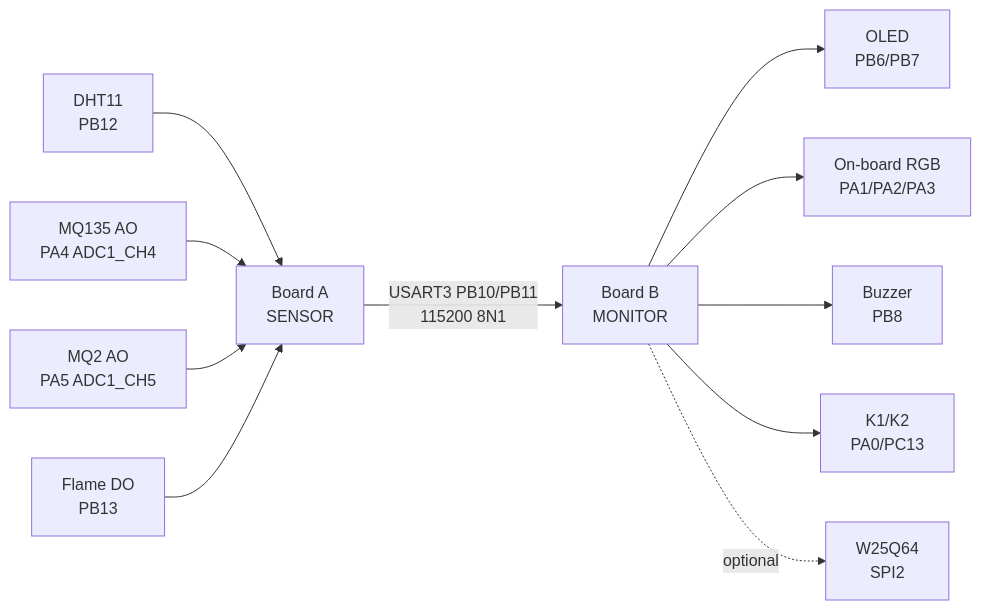
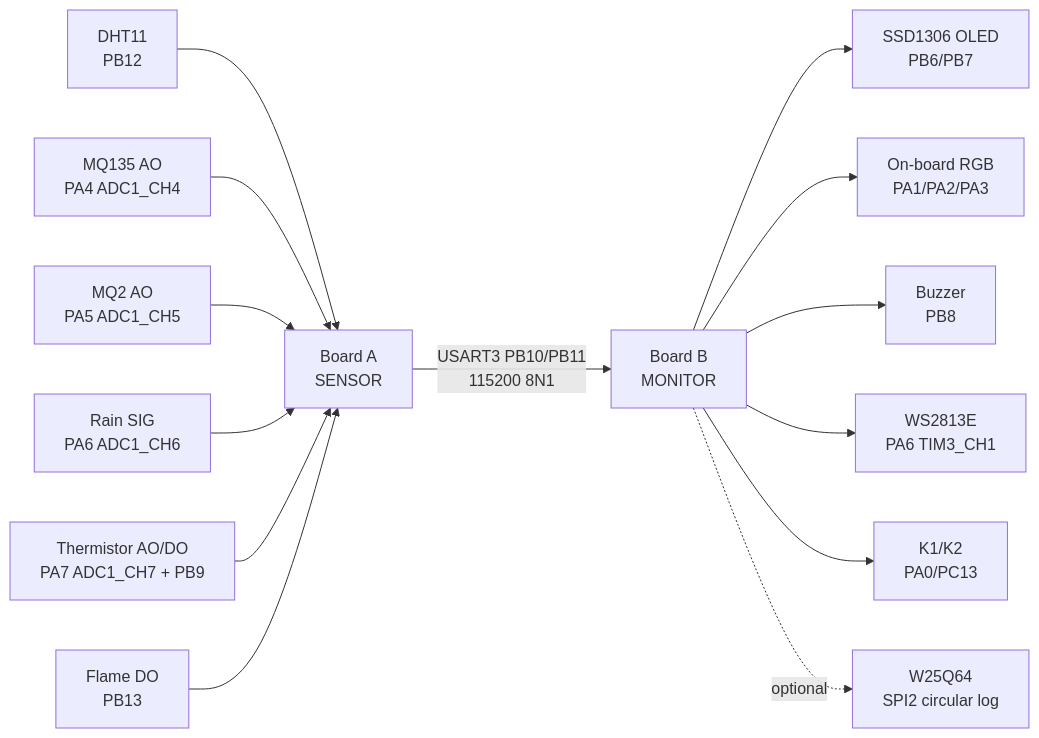
The diagram in README.md (Cusnd/dual-stm32-safety-monitor), drawn with Mermaid before and after one commit. The commit also changed other lines of this file and 72 other files, not shown here.

````diff
--- a/README.md
+++ b/README.md
@@ -24,13 +22,16 @@
 ```mermaid
 flowchart LR
   DHT11[DHT11<br/>PB12] --> A[Board A<br/>SENSOR]
   MQ135[MQ135 AO<br/>PA4 ADC1_CH4] --> A
   MQ2[MQ2 AO<br/>PA5 ADC1_CH5] --> A
+  Rain[Rain SIG<br/>PA6 ADC1_CH6] --> A
+  Therm[Thermistor AO/DO<br/>PA7 ADC1_CH7 + PB9] --> A
   Flame[Flame DO<br/>PB13] --> A
   A -- USART3 PB10/PB11<br/>115200 8N1 --> B[Board B<br/>MONITOR]
-  B --> OLED[OLED<br/>PB6/PB7]
+  B --> OLED[SSD1306 OLED<br/>PB6/PB7]
   B --> RGB[On-board RGB<br/>PA1/PA2/PA3]
   B --> Buzz[Buzzer<br/>PB8]
+  B --> ExtRGB[WS2813E<br/>PA6 TIM3_CH1]
   B --> Keys[K1/K2<br/>PA0/PC13]
-  B -. optional .-> Flash[W25Q64<br/>SPI2]
+  B -. optional .-> Flash[W25Q64<br/>SPI2 circular log]
 ```
````
